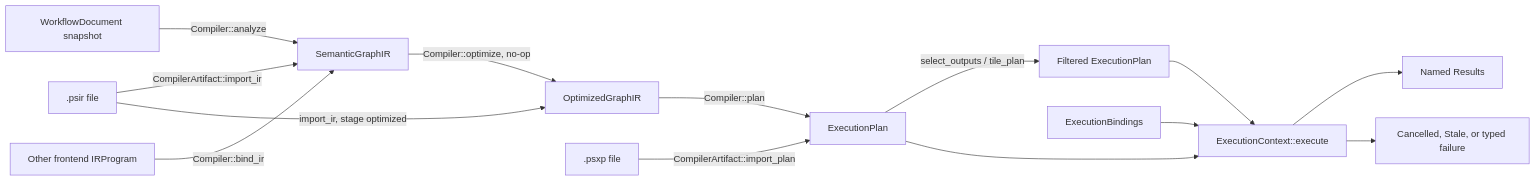
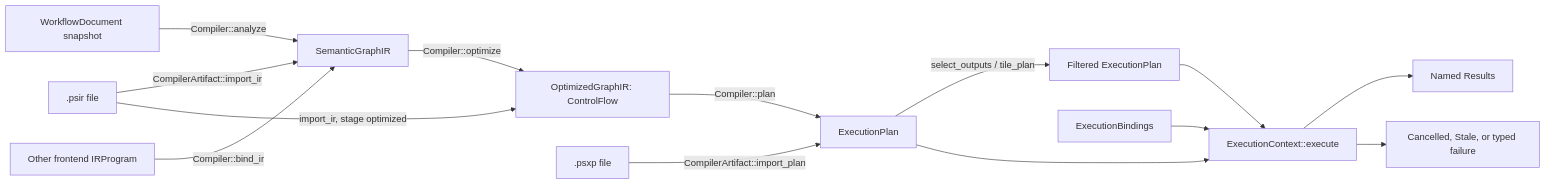
Before and after one commit to kevin-zf1123/photospider: the first of 3 diagrams in docs/kernel-architecture/Compiler-and-Execution.md, drawn with Mermaid. The commit also changed other lines of this file and 21 other files, not shown here.

````diff
--- a/docs/kernel-architecture/Compiler-and-Execution.md
+++ b/docs/kernel-architecture/Compiler-and-Execution.md
@@ -13,16 +13,16 @@
 ```mermaid
 flowchart LR
     DAG[WorkflowDocument snapshot] -->|Compiler::analyze| S[SemanticGraphIR]
     FE[Other frontend IRProgram] -->|Compiler::bind_ir| S
     PSIR[.psir file] -->|CompilerArtifact::import_ir| S
     PSIR -->|import_ir, stage optimized| O
-    S -->|Compiler::optimize, no-op| O[OptimizedGraphIR]
+    S -->|Compiler::optimize| O[OptimizedGraphIR: ControlFlow]
     O -->|Compiler::plan| P[ExecutionPlan]
     PSXP[.psxp file] -->|CompilerArtifact::import_plan| P
     P -->|select_outputs / tile_plan| P2[Filtered ExecutionPlan]
     P --> X[ExecutionContext::execute]
     P2 --> X
     B[ExecutionBindings] --> X
     X --> R[Named Results]
     X --> E[Cancelled, Stale, or typed failure]
 ```
````
